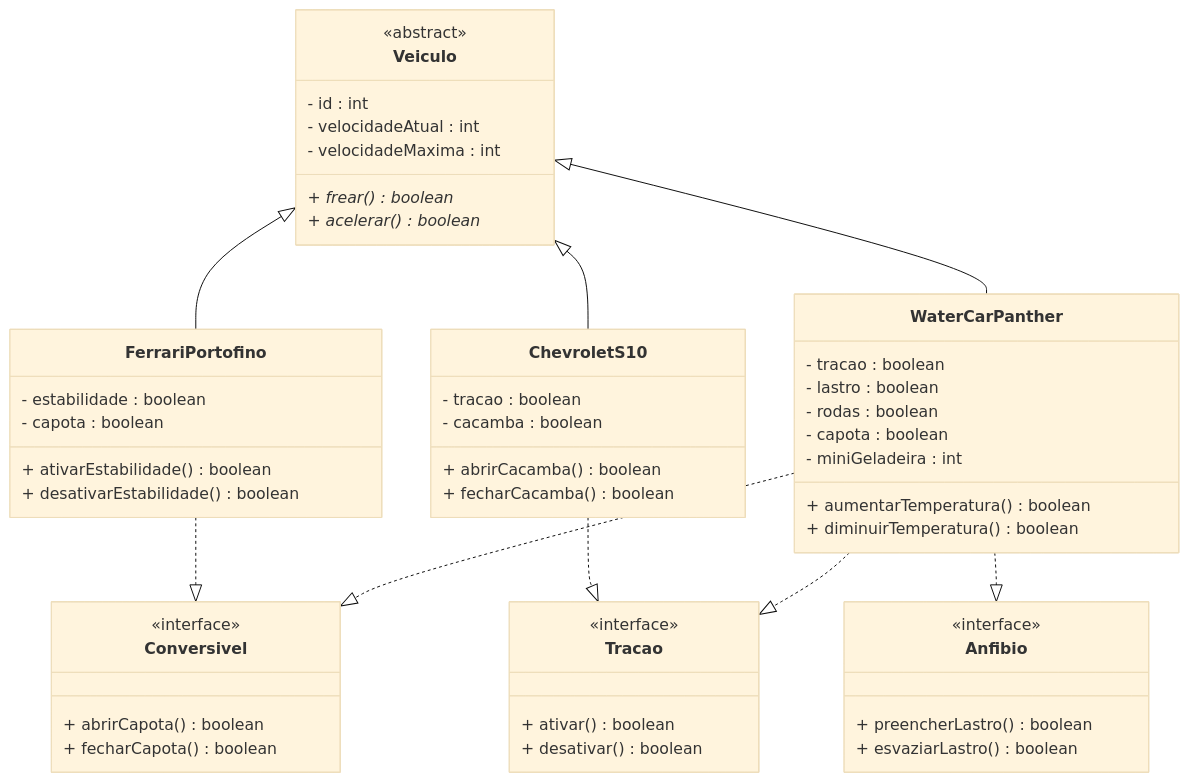
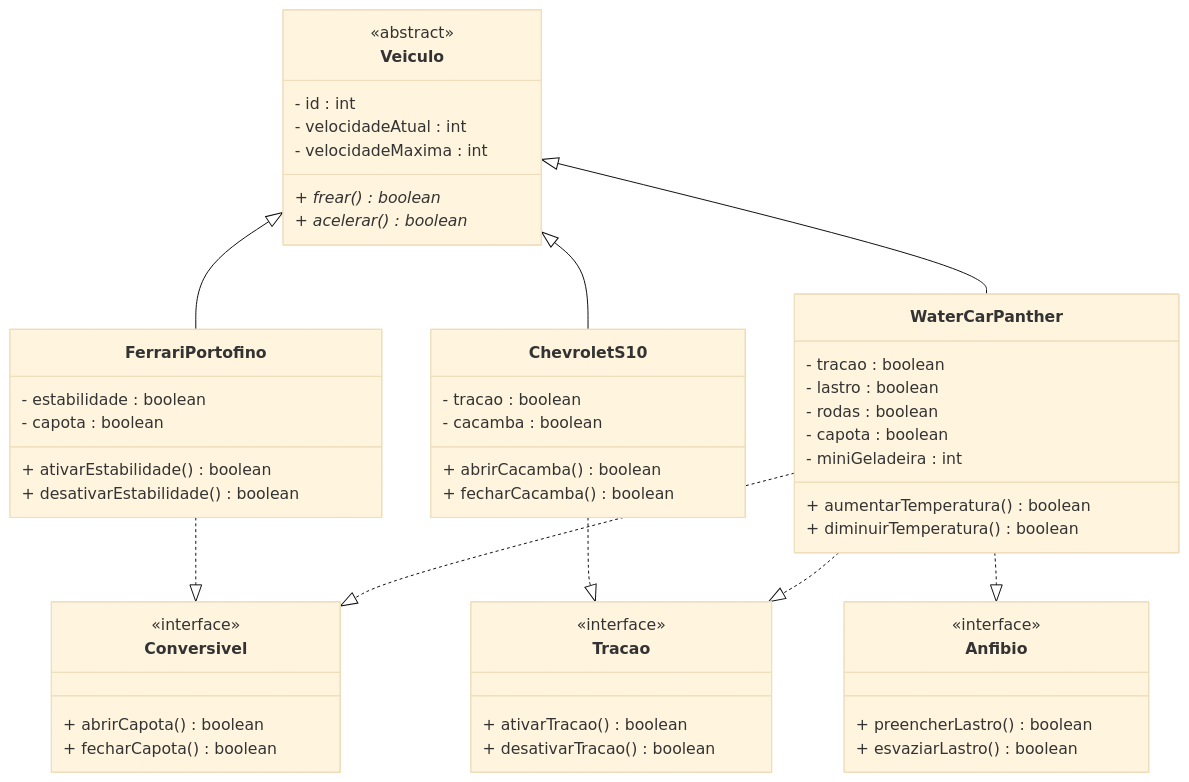
Before and after one commit to thesimas/ads-poo-2026: the diagram in laboratorios/lab-06/exercicio/README.md, drawn with Mermaid (base theme). The commit also changed 7 other files, not shown here.

````diff
--- a/laboratorios/lab-06/exercicio/README.md
+++ b/laboratorios/lab-06/exercicio/README.md
@@ -6,66 +6,66 @@
 ```mermaid
 classDiagram
     class Veiculo {
         <<abstract>>
         - id : int
         - velocidadeAtual : int
         - velocidadeMaxima : int
         + frear() boolean*
         + acelerar() boolean*
     }
     
     class Anfibio {
         <<interface>>
         + preencherLastro() boolean
         + esvaziarLastro() boolean
     }
     
     class Conversivel {
         <<interface>>
         + abrirCapota() boolean
         + fecharCapota() boolean
     }
     
     class Tracao {
         <<interface>>
-        + ativar() boolean
-        + desativar() boolean
+        + ativarTracao() boolean
+        + desativarTracao() boolean
     }
     
     class FerrariPortofino {
         - estabilidade : boolean
         - capota : boolean
         + ativarEstabilidade () boolean
         + desativarEstabilidade () boolean
     }
     
     class ChevroletS10 {
         - tracao : boolean
         - cacamba : boolean
         + abrirCacamba() boolean
         + fecharCacamba() boolean
     }
     
     class WaterCarPanther {
         - tracao : boolean
         - lastro : boolean
         - rodas : boolean
         - capota : boolean
         - miniGeladeira : int
         + aumentarTemperatura() boolean
         + diminuirTemperatura() boolean
     }
     
     Veiculo <|-- FerrariPortofino
     Veiculo <|-- ChevroletS10
     Veiculo <|-- WaterCarPanther
     
     FerrariPortofino ..|> Conversivel
     
     ChevroletS10 ..|> Tracao
     
     WaterCarPanther ..|> Anfibio
     WaterCarPanther ..|> Conversivel
     WaterCarPanther ..|> Tracao
 
 ```
````
